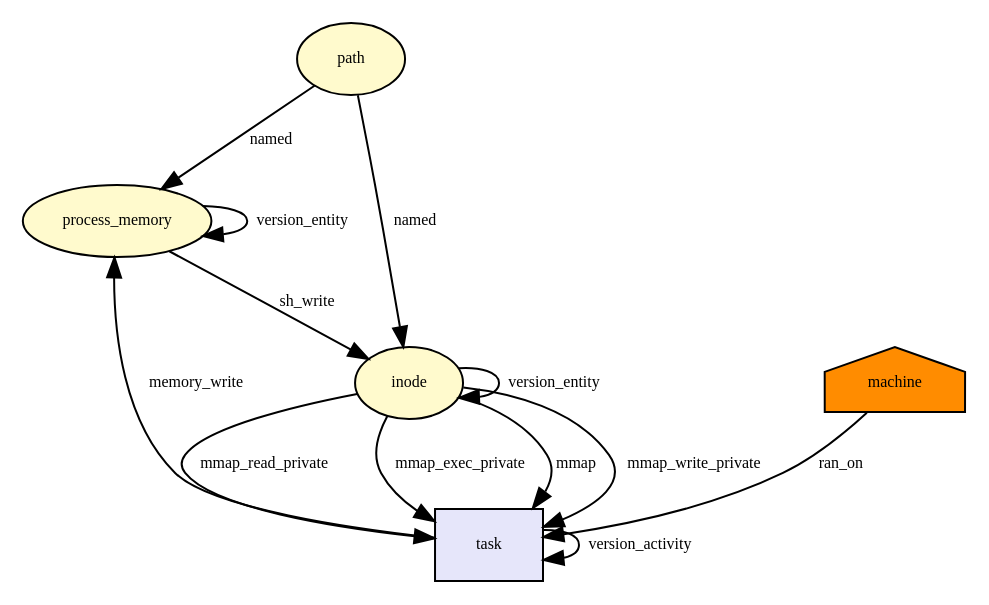
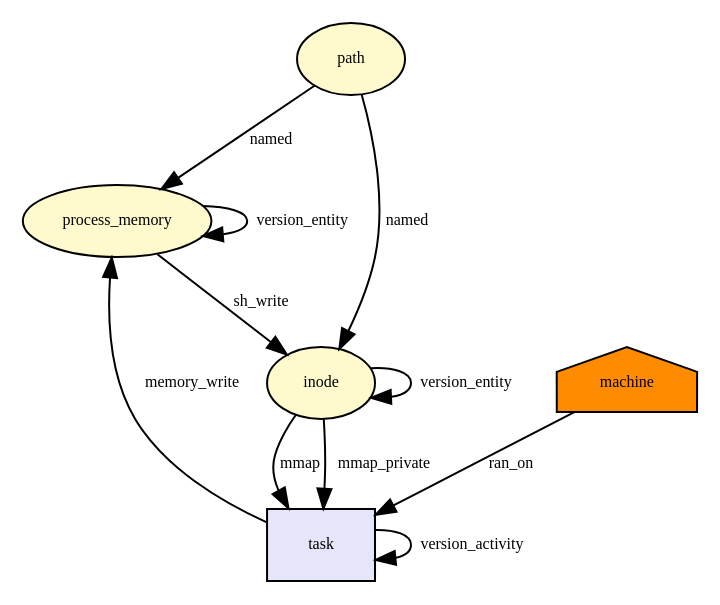
Before and after one commit to CamFlow/camflow-dev: the diagram in docs/dot/mmap_file.dot, drawn with Graphviz. The commit also changed 10 other files, not shown here.

Commit message:
RL_MMAP_READ_PRIVATE, RL_MMAP_EXEC_PRIVATE, RL_MMAP_WRITE_PRIVATE -> RL_MMAP_PRIVATE

```diff
--- a/docs/dot/mmap_file.dot
+++ b/docs/dot/mmap_file.dot
@@ -1,35 +1,31 @@
 digraph RGL__DirectedAdjacencyGraph {path[fontsize = 8,label = path,shape = ellipse, fillcolor="#fffacd", style = filled]
 
 process_memory[fontsize = 8,label = process_memory,shape = ellipse, fillcolor="#fffacd", style = filled]
 
 path -> process_memory[fontsize = 8,label = named]
 
 machine[fontsize = 8,label = machine,shape = house, fillcolor="#ff8c00", style = filled]
 
 task[fontsize = 8,label = task,shape = rectangle, fillcolor="#e6e6fa", style = filled]
 
 machine -> task[fontsize = 8,label = ran_on]
 
 inode[fontsize = 8,label = inode,shape = ellipse, fillcolor="#fffacd", style = filled]
 
 path -> inode[fontsize = 8,label = named]
 
 inode -> task[fontsize = 8,label = mmap]
 
 task -> process_memory[fontsize = 8,label = memory_write]
 
 task -> task[fontsize = 8,label = version_activity]
 
 process_memory -> process_memory[fontsize = 8,label = version_entity]
 
 process_memory -> inode[fontsize = 8,label = sh_write]
 
 inode -> inode[fontsize = 8,label = version_entity]
 
-inode -> task[fontsize = 8,label = mmap_write_private]
-
-inode -> task[fontsize = 8,label = mmap_read_private]
-
-inode -> task[fontsize = 8,label = mmap_exec_private]
+inode -> task[fontsize = 8,label = mmap_private]
 
 }
```
